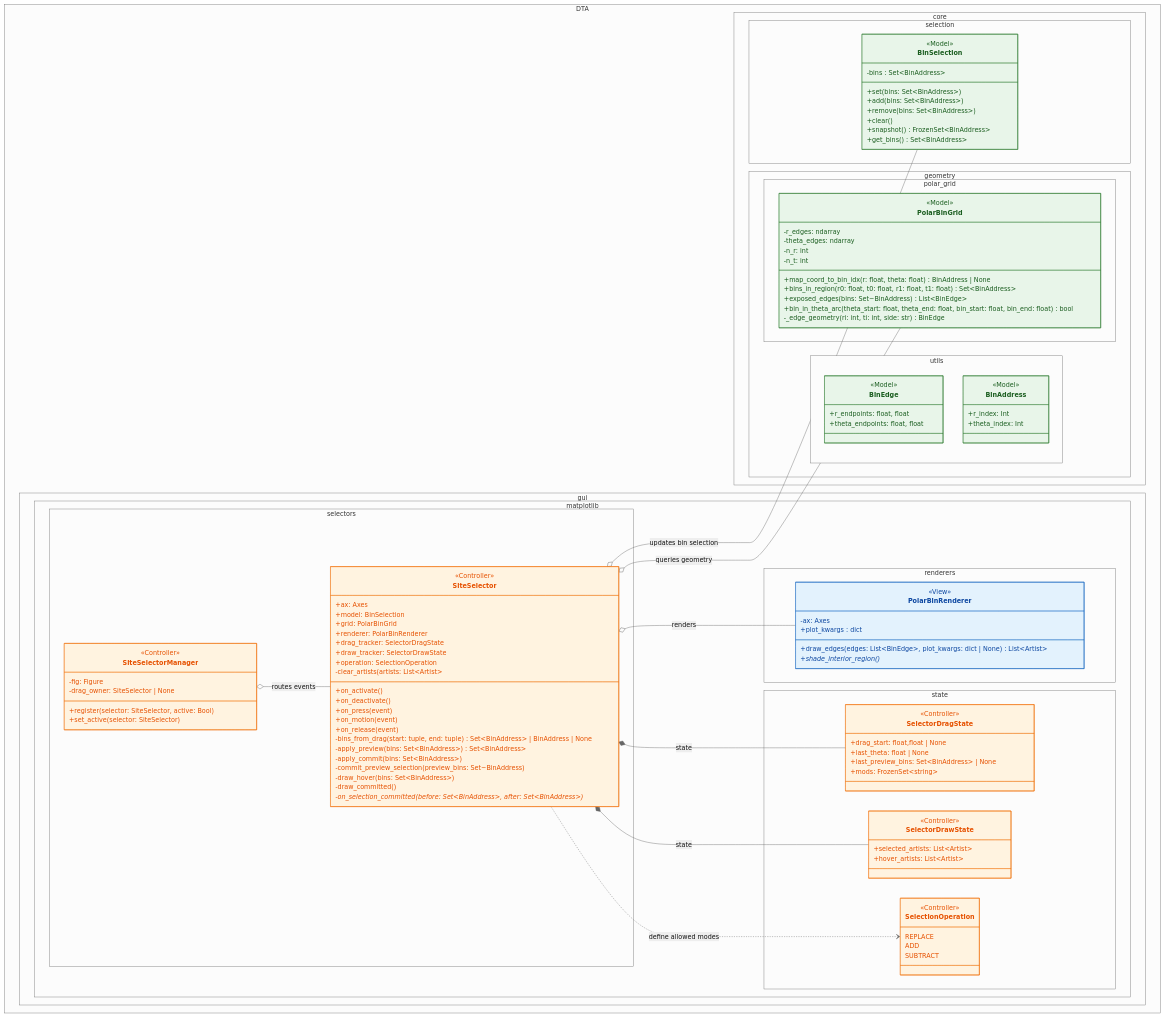
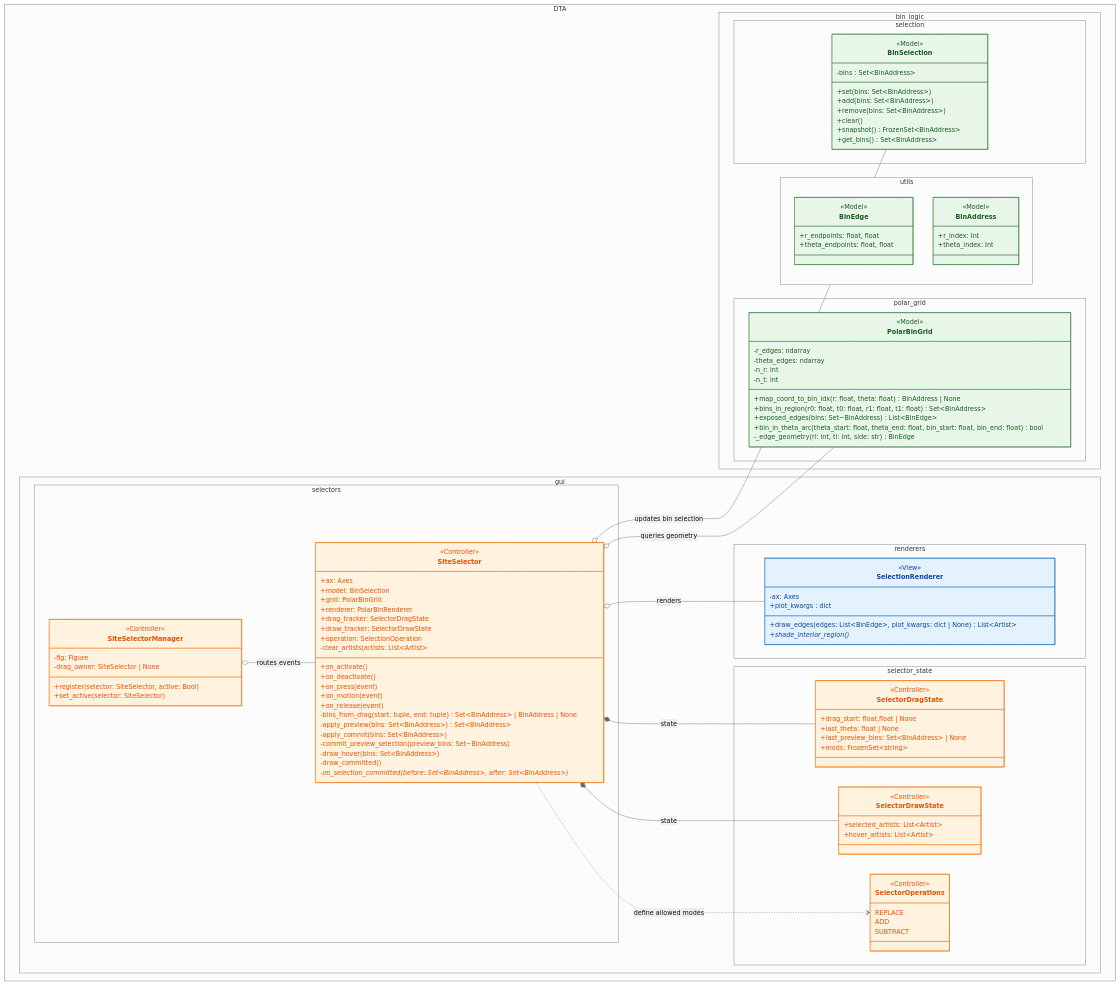
The first of 2 diagrams in python/DTA/gui/README.md (BranniganLab/density_threshold_affinity), drawn with Mermaid (neutral theme) before and after one commit.

Commit message:
Rename and update classes in README.md

```diff
--- a/python/DTA/gui/README.md
+++ b/python/DTA/gui/README.md
@@ -50,32 +50,32 @@
 class BinEdge:::model
 class BinAddress:::model
 
-class PolarBinRenderer:::view
+class SelectionRenderer:::view
 
 class SiteSelector:::controller
 class SiteSelectorManager:::controller
 class SelectorDragState:::controller
 class SelectorDrawState:::controller
-class SelectionOperation:::controller
+class SelectorOperations:::controller
 
 <<Model>> BinSelection
 <<Model>> PolarBinGrid
 <<Model>> BinEdge
 <<Model>> BinAddress
 
-<<View>> PolarBinRenderer
+<<View>> SelectionRenderer
 
 <<Controller>> SiteSelector
 <<Controller>> SiteSelectorManager
 <<Controller>> SelectorDragState
 <<Controller>> SelectorDrawState
-<<Controller>> SelectionOperation
+<<Controller>> SelectorOperations
 
 
 %% =========================
 %% Model
 %% =========================
-namespace DTA.core.selection {
+namespace DTA.bin_logic.selection {
 class BinSelection {
     -bins : Set~BinAddress~
     +set(bins: Set~BinAddress~)
@@ -87,7 +87,7 @@
 }
 }
 
-namespace DTA.core.geometry.polar_grid {
+namespace DTA.bin_logic.polar_grid {
 class PolarBinGrid {
     -r_edges: ndarray
     -theta_edges: ndarray
@@ -101,7 +101,7 @@
 }
 }
 
-namespace DTA.core.geometry.utils {
+namespace DTA.bin_logic.utils {
 class BinEdge {
     +r_endpoints: float, float
     +theta_endpoints: float, float
@@ -116,8 +116,8 @@
 %% =========================
 %% View
 %% =========================
-namespace DTA.gui.matplotlib.renderers {
-class PolarBinRenderer {
+namespace DTA.gui.renderers {
+class SelectionRenderer {
     -ax: Axes
     +plot_kwargs : dict
     +draw_edges(edges: List~BinEdge~, plot_kwargs: dict | None) List~Artist~
@@ -128,8 +128,8 @@
 %% =========================
 %% Controller
 %% =========================
-namespace DTA.gui.matplotlib.state {
-class SelectionOperation {
+namespace DTA.gui.selector_state {
+class SelectorOperations {
     <<enumeration>>
     REPLACE
     ADD
@@ -151,7 +151,7 @@
 }
 }
 
-namespace DTA.gui.matplotlib.selectors {
+namespace DTA.gui.selectors {
 class SiteSelector {
     +ax: Axes
     +model: BinSelection
@@ -188,10 +188,10 @@
 
 SiteSelector o-- PolarBinGrid : queries geometry
 SiteSelector o-- BinSelection : updates bin selection
-SiteSelector o-- PolarBinRenderer : renders
+SiteSelector o-- SelectionRenderer : renders
 SiteSelector *-- SelectorDragState : state
 SiteSelector *-- SelectorDrawState : state
-SiteSelector ..> SelectionOperation : define allowed modes
+SiteSelector ..> SelectorOperations : define allowed modes
 
 SiteSelectorManager o-- SiteSelector : routes events
 
```
